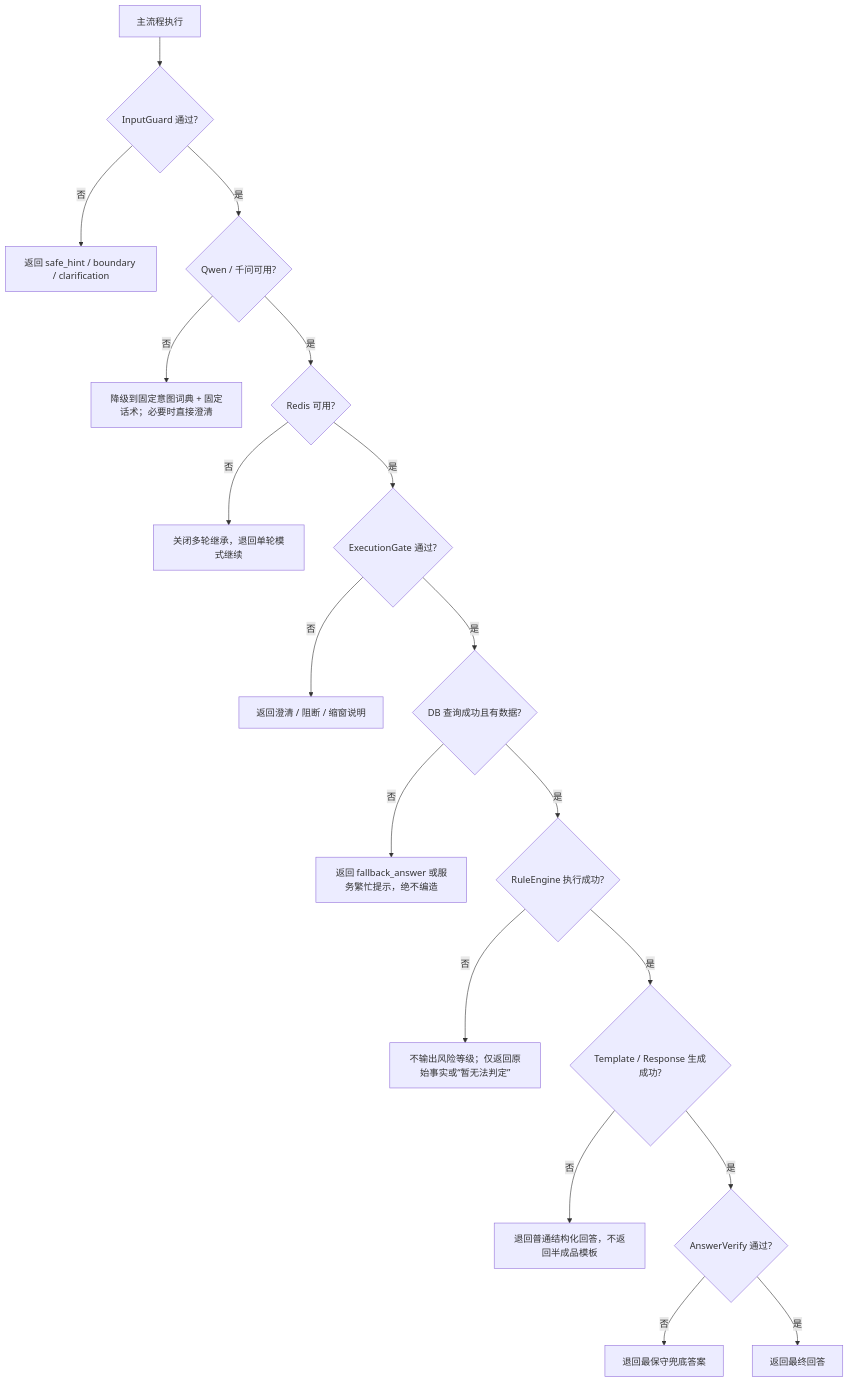
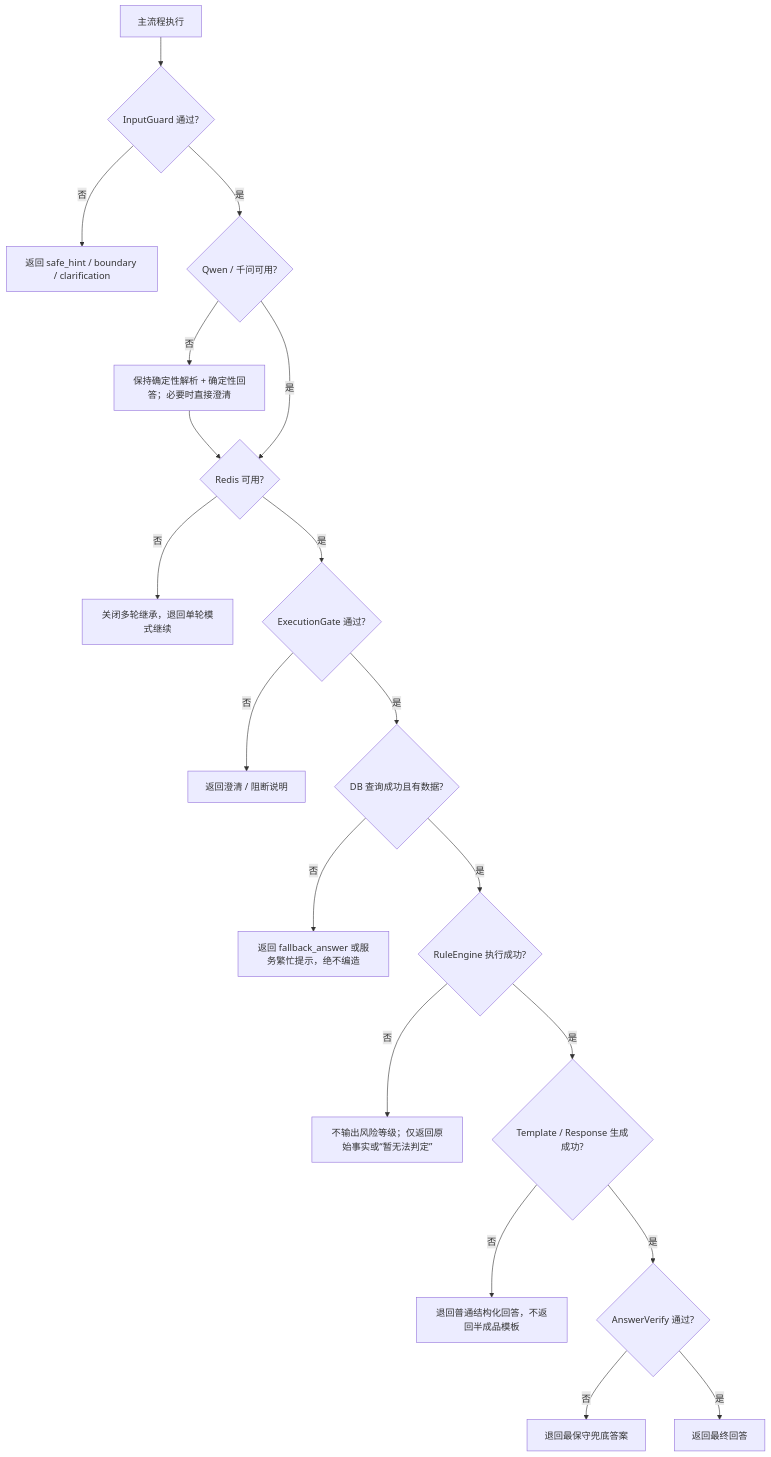
The fifth of 5 diagrams in apps/agent/plans/1/7.2026-04-20-soil-moisture-agent-system-design-diagram.md (gago-project/smart-agriculture), drawn with Mermaid before and after one commit. The commit also changed other lines of this file and 14 other files, not shown here.

````diff
--- a/apps/agent/plans/1/7.2026-04-20-soil-moisture-agent-system-design-diagram.md
+++ b/apps/agent/plans/1/7.2026-04-20-soil-moisture-agent-system-design-diagram.md
@@ -227,20 +230,21 @@
 ```mermaid
 flowchart TD
     A["主流程执行"] --> B{"InputGuard 通过?"}
     B -- 否 --> B1["返回 safe_hint / boundary / clarification"]
     B -- 是 --> C{"Qwen / 千问可用?"}
-    C -- 否 --> C1["降级到固定意图词典 + 固定话术；必要时直接澄清"]
+    C -- 否 --> C1["保持确定性解析 + 确定性回答；必要时直接澄清"]
+    C1 --> D
     C -- 是 --> D{"Redis 可用?"}
     D -- 否 --> D1["关闭多轮继承，退回单轮模式继续"]
     D -- 是 --> E{"ExecutionGate 通过?"}
-    E -- 否 --> E1["返回澄清 / 阻断 / 缩窗说明"]
+    E -- 否 --> E1["返回澄清 / 阻断说明"]
     E -- 是 --> F{"DB 查询成功且有数据?"}
     F -- 否 --> F1["返回 fallback_answer 或服务繁忙提示，绝不编造"]
     F -- 是 --> G{"RuleEngine 执行成功?"}
     G -- 否 --> G1["不输出风险等级；仅返回原始事实或“暂无法判定”"]
     G -- 是 --> H{"Template / Response 生成成功?"}
     H -- 否 --> H1["退回普通结构化回答，不返回半成品模板"]
     H -- 是 --> I{"AnswerVerify 通过?"}
     I -- 否 --> I1["退回最保守兜底答案"]
     I -- 是 --> J["返回最终回答"]
 ```
````
